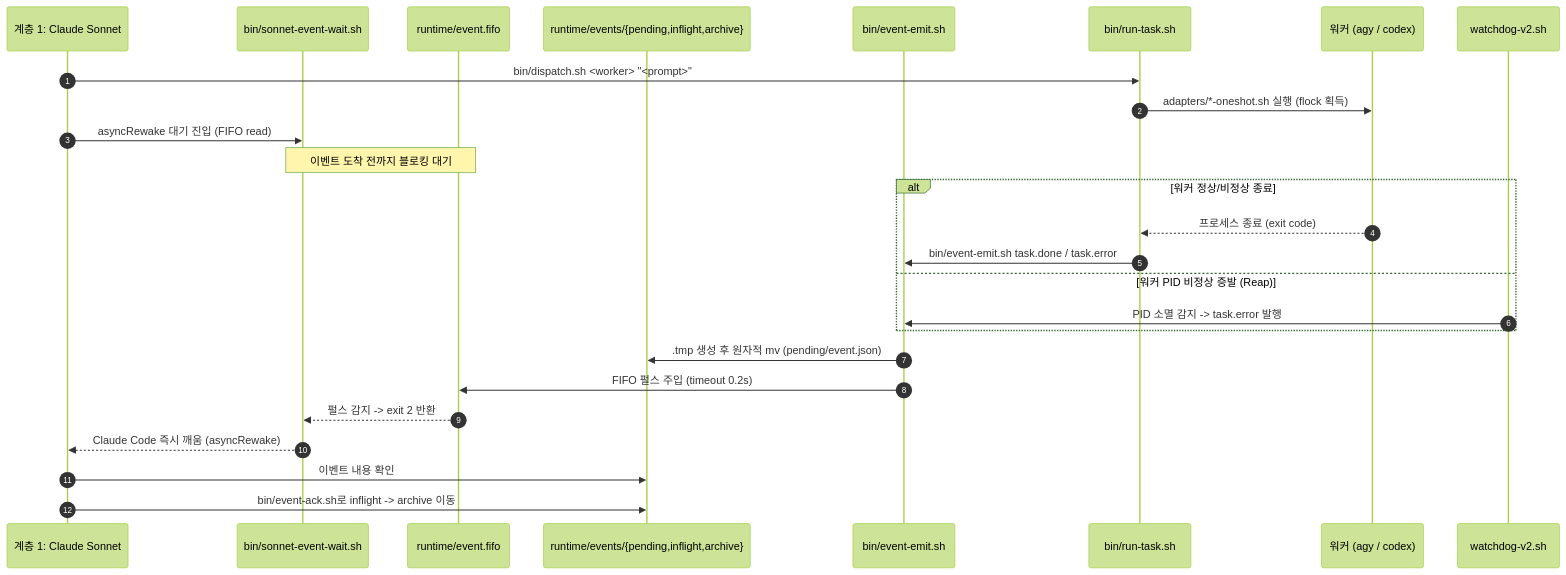
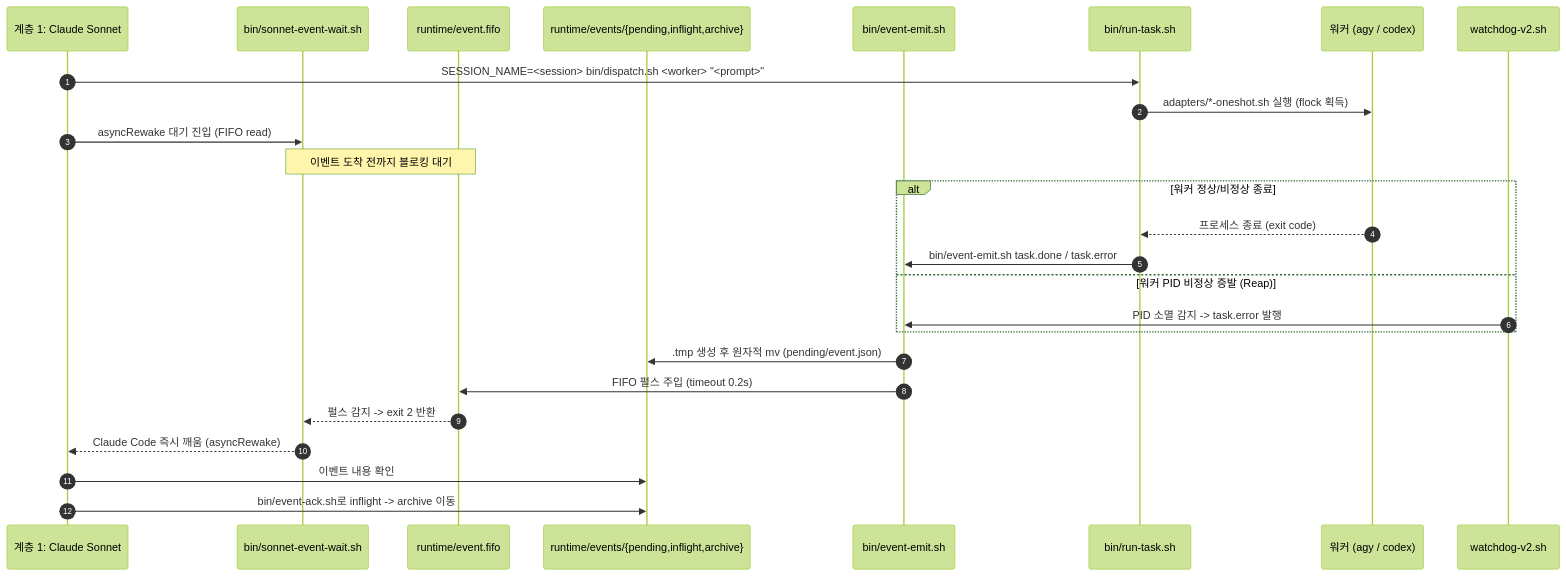
The diagram in .llmwiki/architecture.md (loverspath/agent-command-chain-template), drawn with Mermaid (forest theme) before and after one commit. The commit also changed other lines of this file and 14 other files, not shown here.

````diff
--- a/.llmwiki/architecture.md
+++ b/.llmwiki/architecture.md
@@ -49,31 +49,31 @@
 ```mermaid
 sequenceDiagram
     autonumber
     participant Sonnet as 계층 1: Claude Sonnet
     participant Wait as bin/sonnet-event-wait.sh
     participant FIFO as runtime/event.fifo
     participant Outbox as runtime/events/{pending,inflight,archive}
     participant Emit as bin/event-emit.sh
     participant Task as bin/run-task.sh
     participant Worker as 워커 (agy / codex)
     participant Watchdog as watchdog-v2.sh
 
-    Sonnet->>Task: bin/dispatch.sh <worker> "<prompt>"
+    Sonnet->>Task: SESSION_NAME=<session> bin/dispatch.sh <worker> "<prompt>"
     Task->>Worker: adapters/*-oneshot.sh 실행 (flock 획득)
     Sonnet->>Wait: asyncRewake 대기 진입 (FIFO read)
     Note over Wait,FIFO: 이벤트 도착 전까지 블로킹 대기
 
     alt 워커 정상/비정상 종료
         Worker-->>Task: 프로세스 종료 (exit code)
         Task->>Emit: bin/event-emit.sh task.done / task.error
     else 워커 PID 비정상 증발 (Reap)
         Watchdog->>Emit: PID 소멸 감지 -> task.error 발행
     end
 
     Emit->>Outbox: .tmp 생성 후 원자적 mv (pending/event.json)
     Emit->>FIFO: FIFO 펄스 주입 (timeout 0.2s)
     FIFO-->>Wait: 펄스 감지 -> exit 2 반환
     Wait-->>Sonnet: Claude Code 즉시 깨움 (asyncRewake)
     Sonnet->>Outbox: 이벤트 내용 확인
     Sonnet->>Outbox: bin/event-ack.sh로 inflight -> archive 이동
 ```
````
